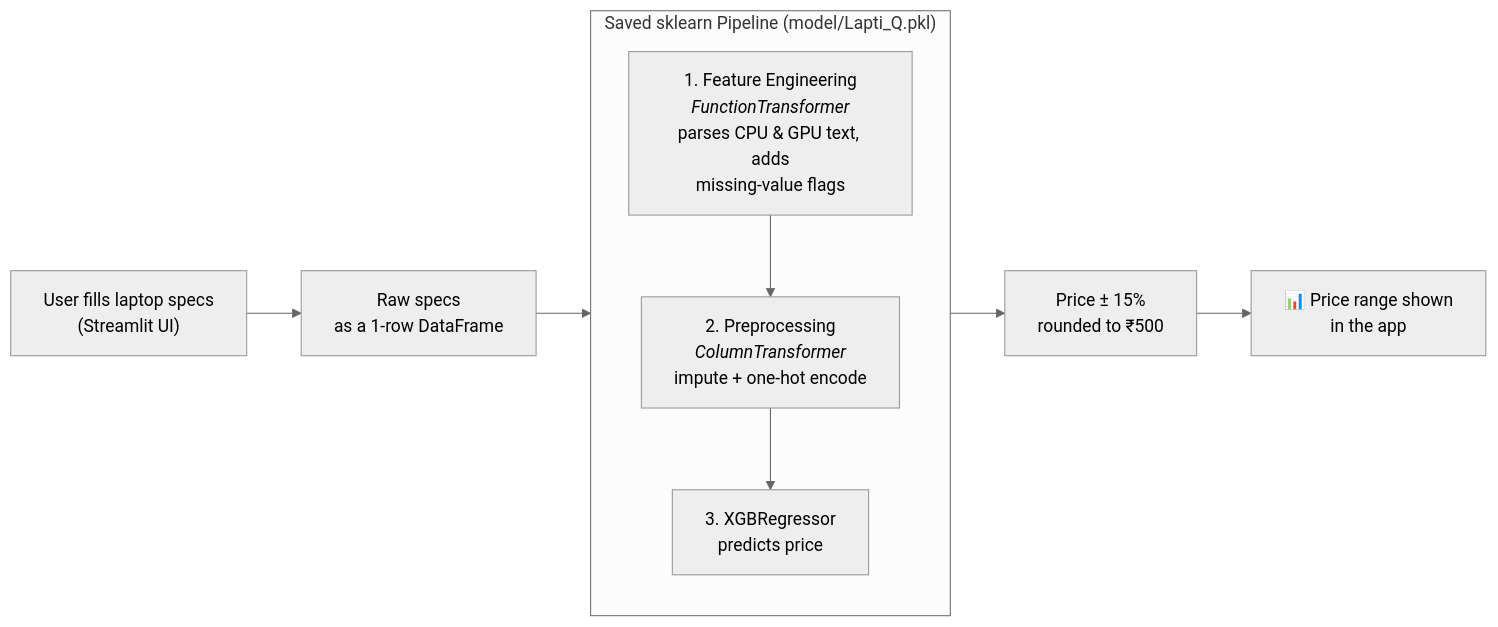
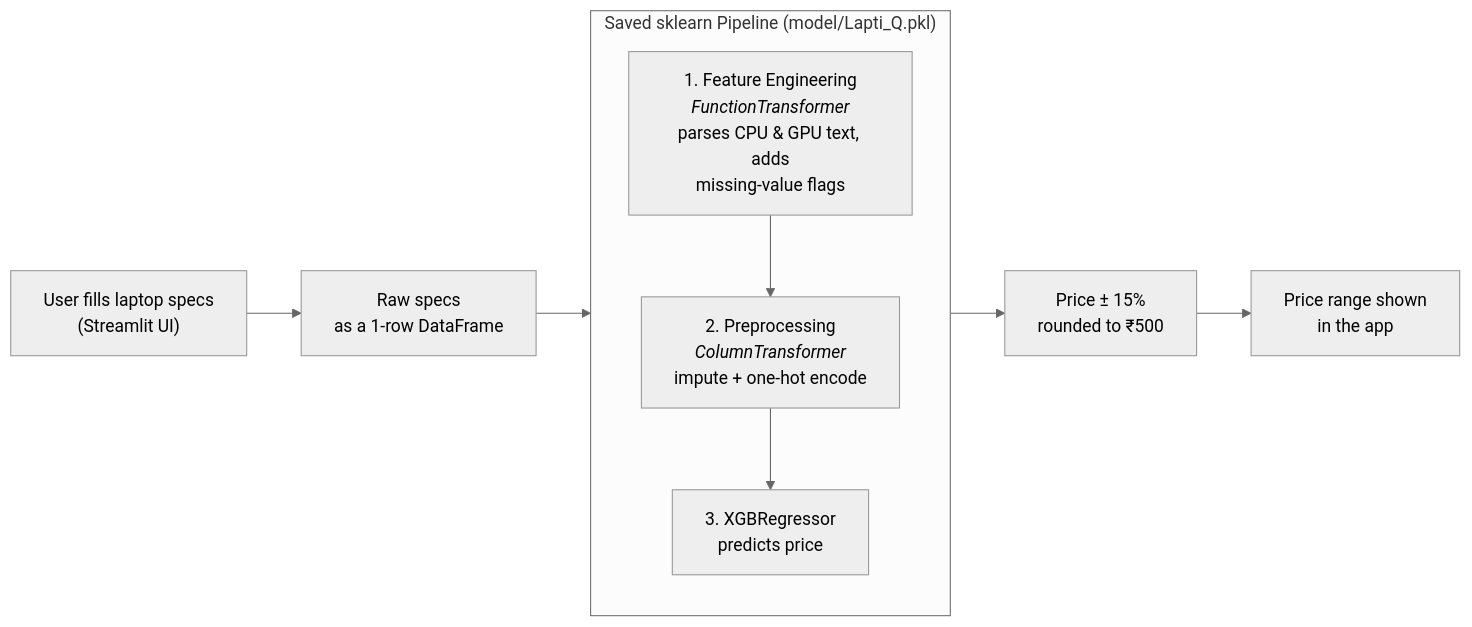
The diagram in README.md (Yash-Codezz/Lapti_Q), drawn with Mermaid (neutral theme) before and after one commit.

````diff
--- a/README.md
+++ b/README.md
@@ -19,16 +19,16 @@
 ```mermaid
 flowchart LR
     A["User fills laptop specs<br/>(Streamlit UI)"] --> B["Raw specs<br/>as a 1-row DataFrame"]
     B --> C
 
     subgraph P["Saved sklearn Pipeline  (model/Lapti_Q.pkl)"]
         direction TB
         C["1. Feature Engineering<br/><i>FunctionTransformer</i><br/>parses CPU & GPU text, adds<br/>missing-value flags"]
         D["2. Preprocessing<br/><i>ColumnTransformer</i><br/>impute + one-hot encode"]
         E["3. XGBRegressor<br/>predicts price"]
         C --> D --> E
     end
 
     E --> F["Price ± 15%<br/>rounded to ₹500"]
-    F --> G["📊 Price range shown<br/>in the app"]
+    F --> G["Price range shown<br/>in the app"]
 ```
````
